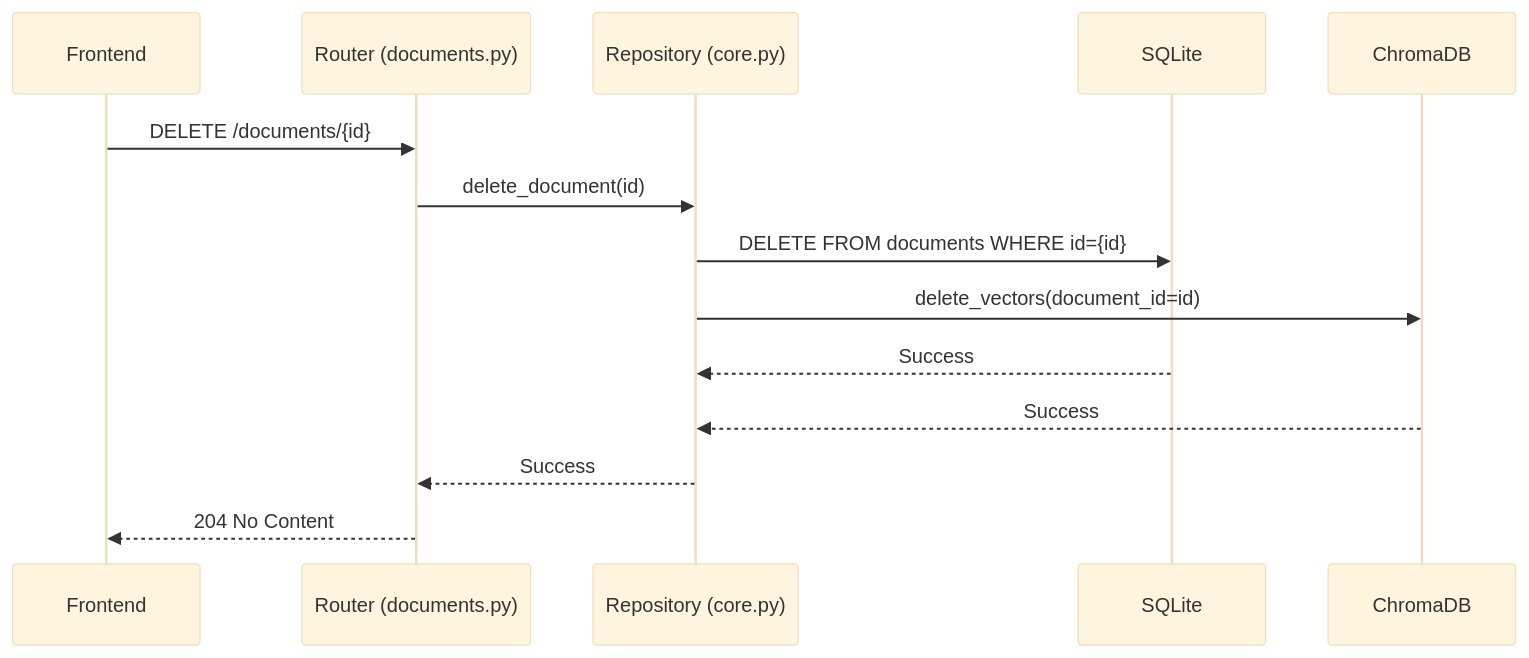
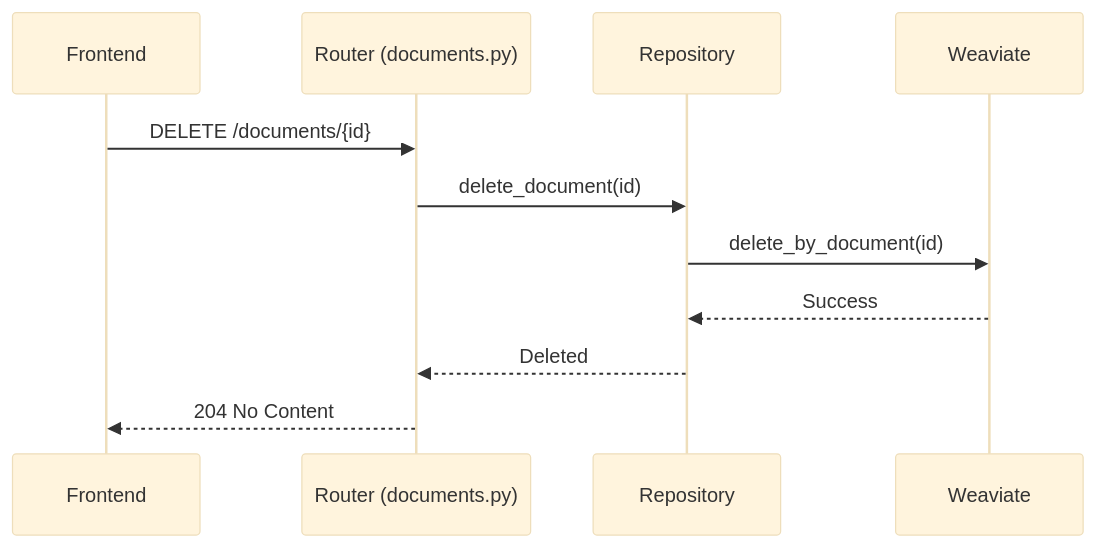
One commit to thaihai-swe/chatbot-with-data changed the diagram in docs/diagrams/api/delete-document.md. Above: the diagram before and after it, drawn with Mermaid (base theme). The commit also changed 18 other files, not shown here.

````diff
--- a/docs/diagrams/api/delete-document.md
+++ b/docs/diagrams/api/delete-document.md
@@ -3,17 +3,14 @@
 ```mermaid
 sequenceDiagram
     participant Frontend
     participant Router as Router (documents.py)
-    participant Repository as Repository (core.py)
-    participant SQLite
-    participant ChromaDB
+    participant Repository
+    participant Weaviate
     
     Frontend->>Router: DELETE /documents/{id}
     Router->>Repository: delete_document(id)
-    Repository->>SQLite: DELETE FROM documents WHERE id={id}
-    Repository->>ChromaDB: delete_vectors(document_id=id)
-    SQLite-->>Repository: Success
-    ChromaDB-->>Repository: Success
-    Repository-->>Router: Success
+    Repository->>Weaviate: delete_by_document(id)
+    Weaviate-->>Repository: Success
+    Repository-->>Router: Deleted
     Router-->>Frontend: 204 No Content
 ```
````
